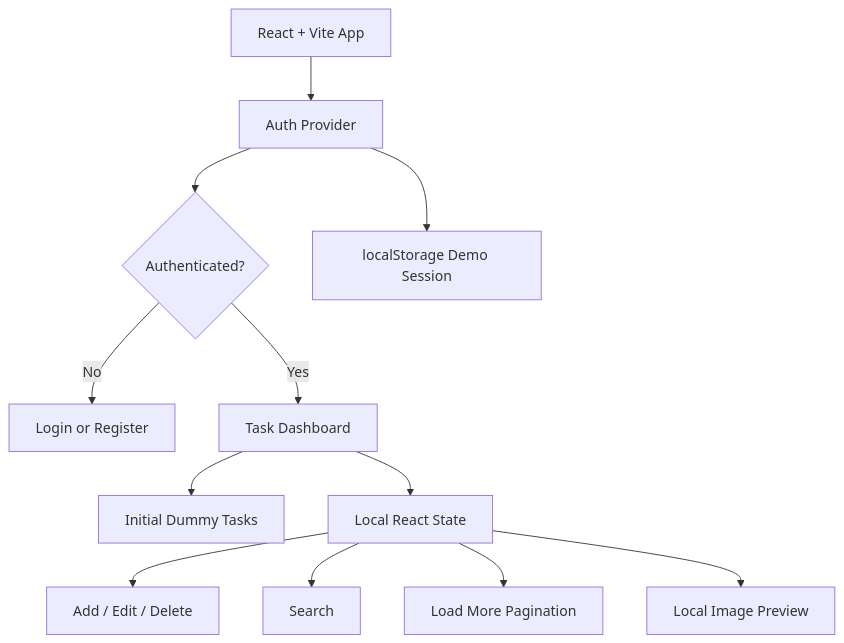
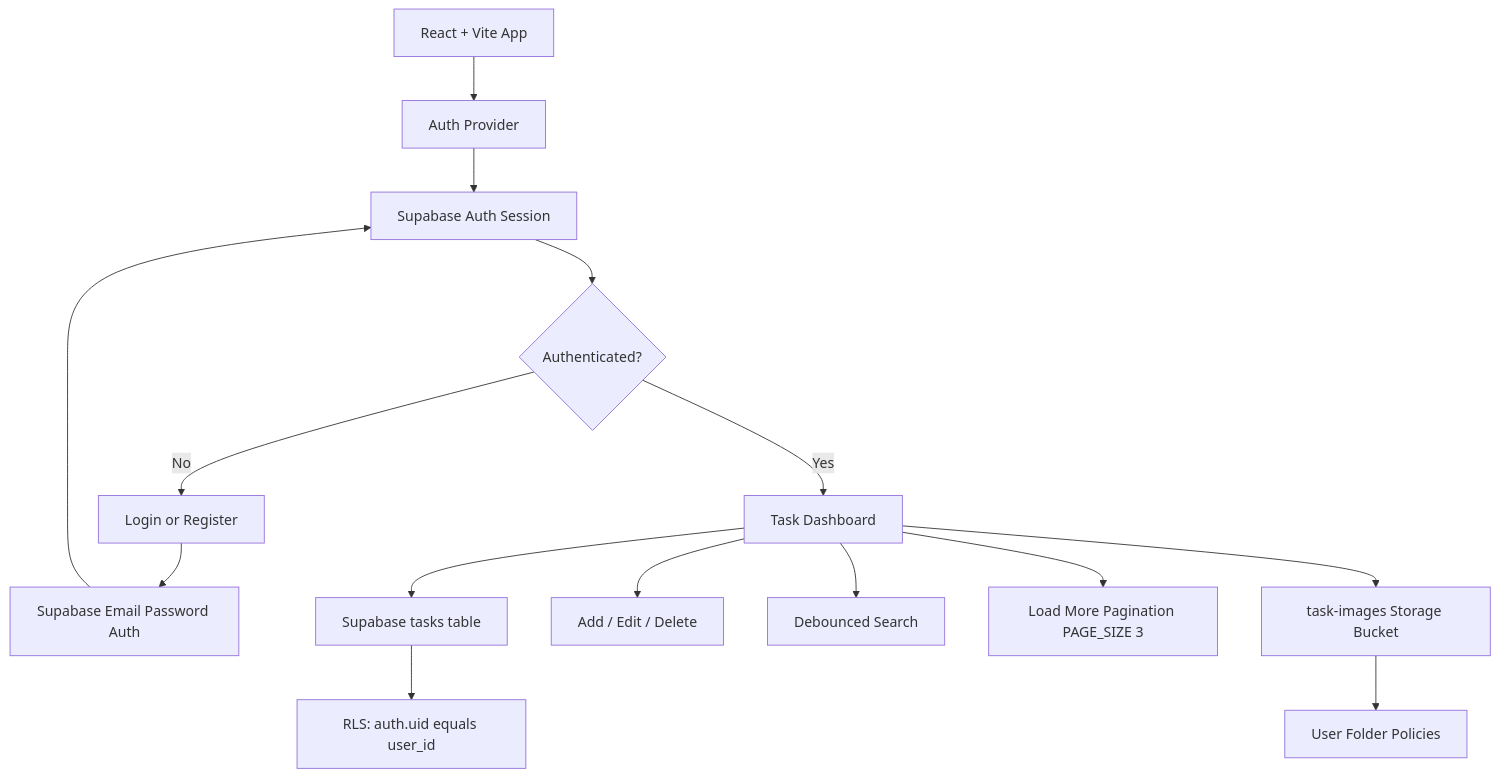
Before and after one commit to rahmanashis/supabase-appwrite: the diagram in docs/diagrams/architecture.mmd, drawn with Mermaid.

Commit message:
Update architecture diagram: architecture.mmd

```diff
--- a/docs/diagrams/architecture.mmd
+++ b/docs/diagrams/architecture.mmd
@@ -1,12 +1,15 @@
 graph TD
     A[React + Vite App] --> B[Auth Provider]
-    B --> C{Authenticated?}
-    C -->|No| D[Login or Register]
-    C -->|Yes| E[Task Dashboard]
-    E --> F[Initial Dummy Tasks]
-    E --> G[Local React State]
-    G --> H[Add / Edit / Delete]
-    G --> I[Search]
-    G --> J[Load More Pagination]
-    G --> K[Local Image Preview]
-    B --> L[localStorage Demo Session]
+    B --> C[Supabase Auth Session]
+    C --> D{Authenticated?}
+    D -->|No| E[Login or Register]
+    E --> F[Supabase Email Password Auth]
+    F --> C
+    D -->|Yes| G[Task Dashboard]
+    G --> H[Supabase tasks table]
+    H --> I[RLS: auth.uid equals user_id]
+    G --> J[Add / Edit / Delete]
+    G --> K[Debounced Search]
+    G --> L[Load More Pagination PAGE_SIZE 3]
+    G --> M[task-images Storage Bucket]
+    M --> N[User Folder Policies]
```
